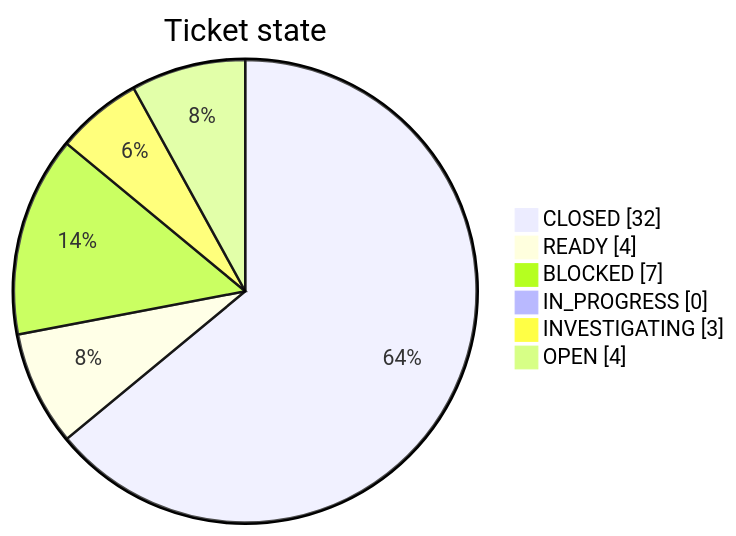
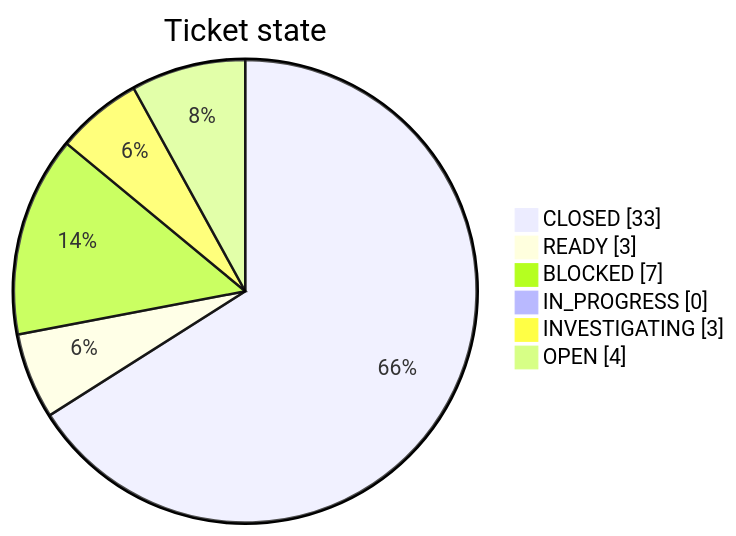
One commit to TECHSCHOLAR777/SINGLE-CHANNEL-SPEECH-SEPARATION-PROJECT changed the first of 2 diagrams in docs/restoration/ISSUE_LEDGER.md. Above: the diagram before and after it, drawn with Mermaid. The commit also changed other lines of this file and 1 other file, not shown here.

````diff
--- a/docs/restoration/ISSUE_LEDGER.md
+++ b/docs/restoration/ISSUE_LEDGER.md
@@ -92,10 +92,10 @@
 ```mermaid
 pie showData
     title Ticket state
-    "CLOSED" : 32
-    "READY" : 4
+    "CLOSED" : 33
+    "READY" : 3
     "BLOCKED" : 7
     "IN_PROGRESS" : 0
     "INVESTIGATING" : 3
     "OPEN" : 4
 ```
````
